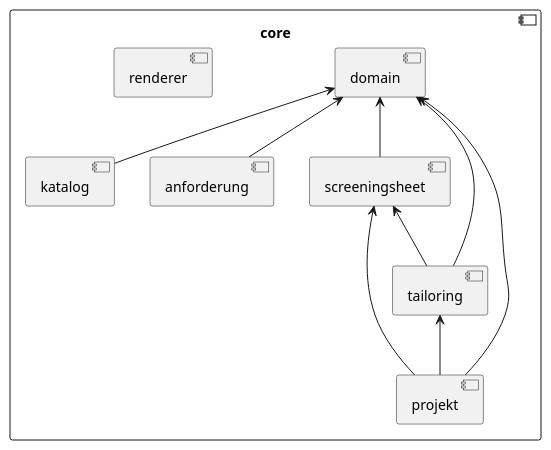
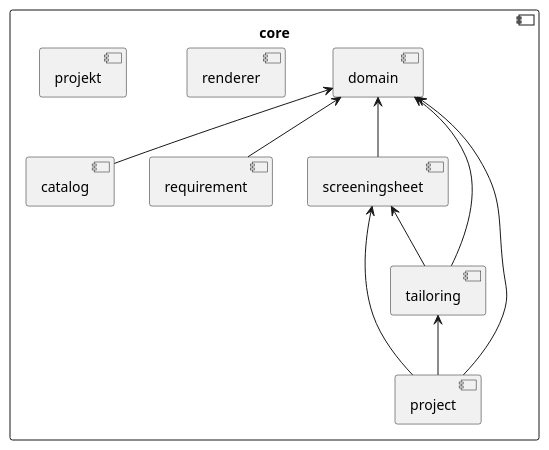
The diagram in src/site/arc42/plantuml/core/Ebene2.plantuml (tailoringexpert/platform), drawn with PlantUML before and after one commit. The commit also changed 391 other files, not shown here.

```diff
--- a/src/site/arc42/plantuml/core/Ebene2.plantuml
+++ b/src/site/arc42/plantuml/core/Ebene2.plantuml
@@ -1,31 +1,31 @@
 @startuml Ebene2.png
 
 skinparam componentStyle uml2
 'skinparam component {
 '  BorderColor #grey
 '  BackgroundColor #white
 '}
 component core {
     [domain]
 
     [renderer]
 
-    [katalog]
-    [domain] <-- [katalog]
+    [catalog]
+    [domain] <-- [catalog]
 
-    [anforderung]
-    [domain] <-- [anforderung]
+    [requirement]
+    [domain] <-- [requirement]
 
     [screeningsheet]
     [domain] <-- [screeningsheet]
 
     [tailoring]
     [domain] <-- [tailoring]
     [screeningsheet] <-- [tailoring]
 
     [projekt]
-    [domain] <-- [projekt]
-    [screeningsheet] <-- [projekt]
-    [tailoring] <-- [projekt]
+    [domain] <-- [project]
+    [screeningsheet] <-- [project]
+    [tailoring] <-- [project]
 }
 @enduml
```
